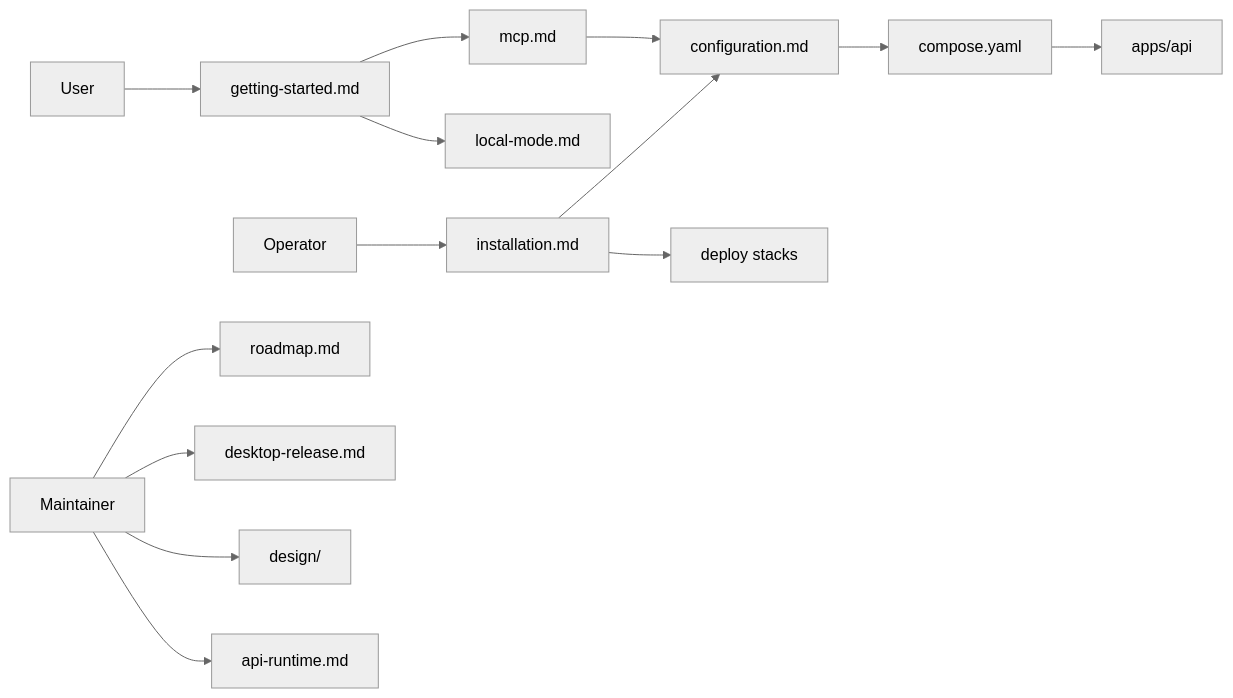
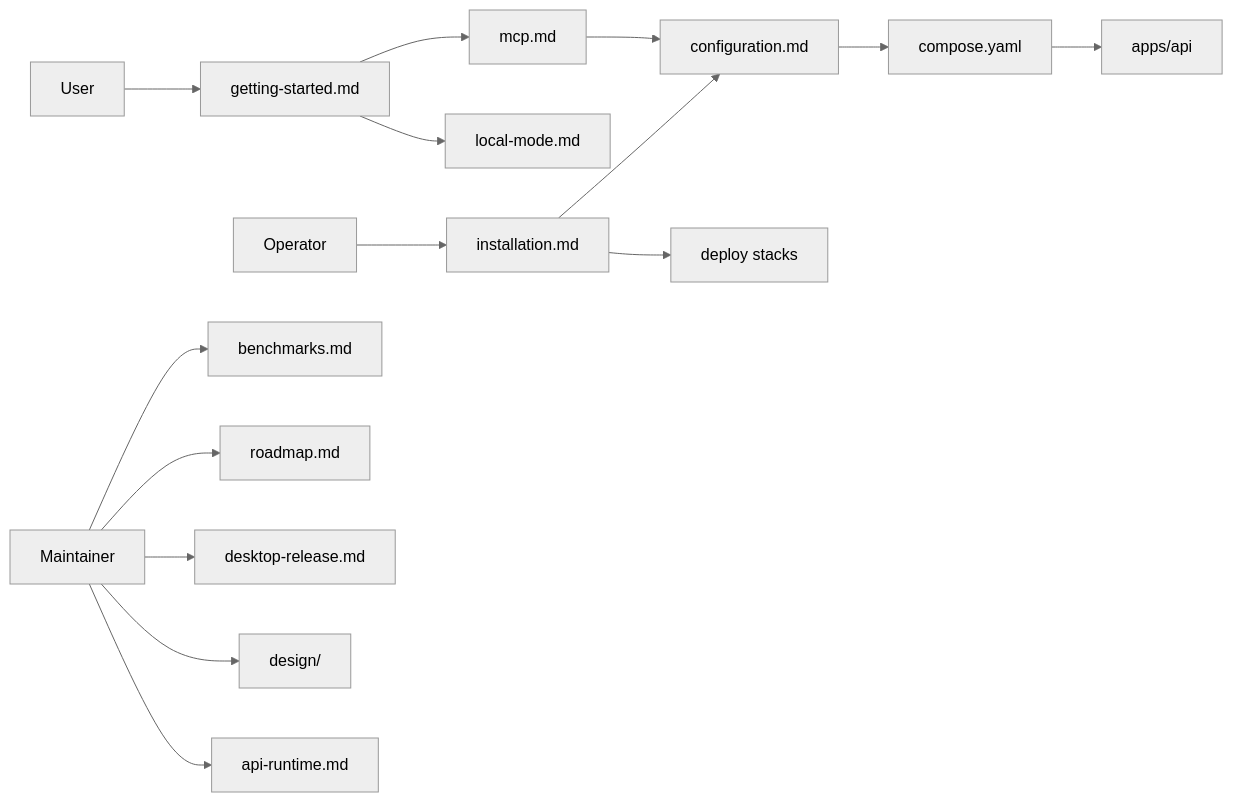
The diagram in docs/README.md (sharukeshalagiri/Whisperer), drawn with Mermaid (neutral theme) before and after one commit. The commit also changed other lines of this file and 18 other files, not shown here.

````diff
--- a/docs/README.md
+++ b/docs/README.md
@@ -35,16 +36,17 @@
 ```mermaid
 flowchart LR
   User --> Start[getting-started.md]
   Start --> Local[local-mode.md]
   Start --> MCP[mcp.md]
   Operator --> Install[installation.md]
   Install --> Stacks[deploy stacks]
   Install --> Config[configuration.md]
   MCP --> Config
   Config --> Compose[compose.yaml]
   Maintainer --> Runtime[api-runtime.md]
   Maintainer --> Design[design/]
   Maintainer --> Release[desktop-release.md]
   Maintainer --> Roadmap[roadmap.md]
+  Maintainer --> Benchmarks[benchmarks.md]
   Compose --> API[apps/api]
 ```
````
